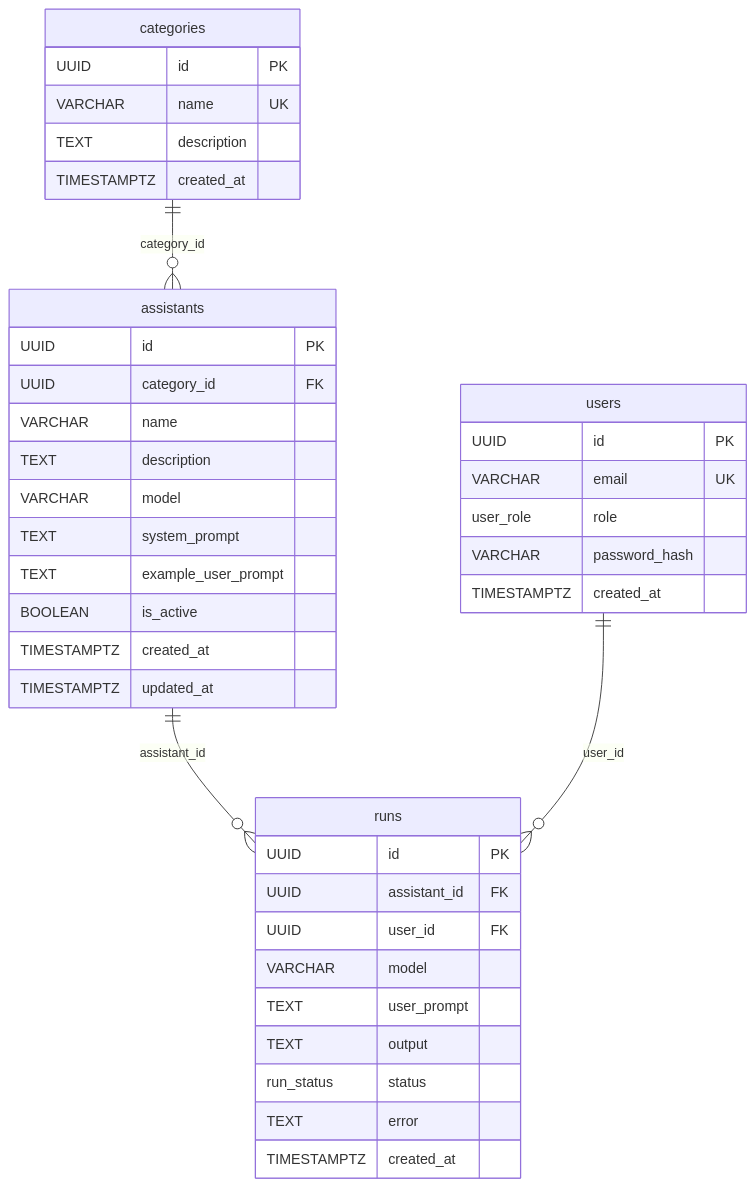
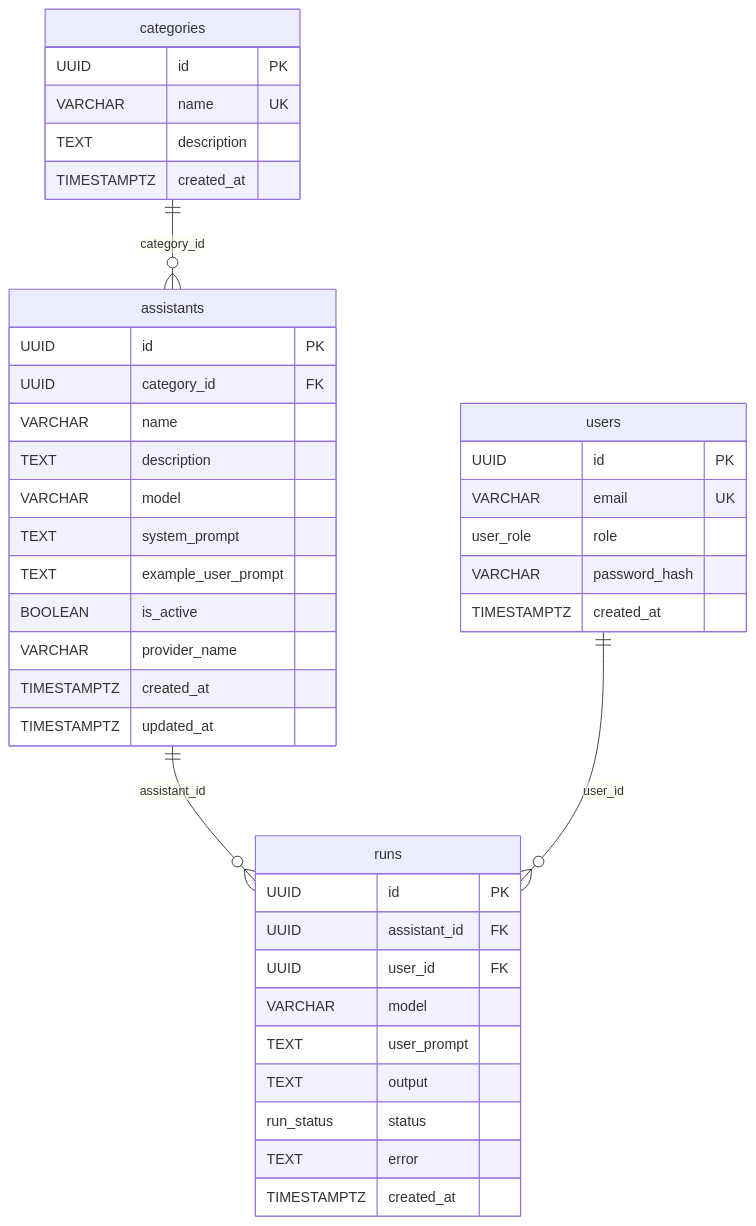
One commit to vladimirlihacky/avito-fullstack-test changed the diagram in README.md. Above: the diagram before and after it, drawn with Mermaid. The commit also changed other lines of this file, not shown here.

````diff
--- a/README.md
+++ b/README.md
@@ -94,42 +98,43 @@
 ```mermaid
 erDiagram
   users {
     UUID id PK
     VARCHAR email UK
     user_role role
     VARCHAR password_hash
     TIMESTAMPTZ created_at
   }
   categories {
     UUID id PK
     VARCHAR name UK
     TEXT description
     TIMESTAMPTZ created_at
   }
   assistants {
     UUID id PK
     UUID category_id FK
     VARCHAR name
     TEXT description
     VARCHAR model
     TEXT system_prompt
     TEXT example_user_prompt
     BOOLEAN is_active
+    VARCHAR provider_name
     TIMESTAMPTZ created_at
     TIMESTAMPTZ updated_at
   }
   runs {
     UUID id PK
     UUID assistant_id FK
     UUID user_id FK
     VARCHAR model
     TEXT user_prompt
     TEXT output
     run_status status
     TEXT error
     TIMESTAMPTZ created_at
   }
   categories ||--o{ assistants : "category_id"
   assistants ||--o{ runs : "assistant_id"
   users ||--o{ runs : "user_id"
 ```
````
